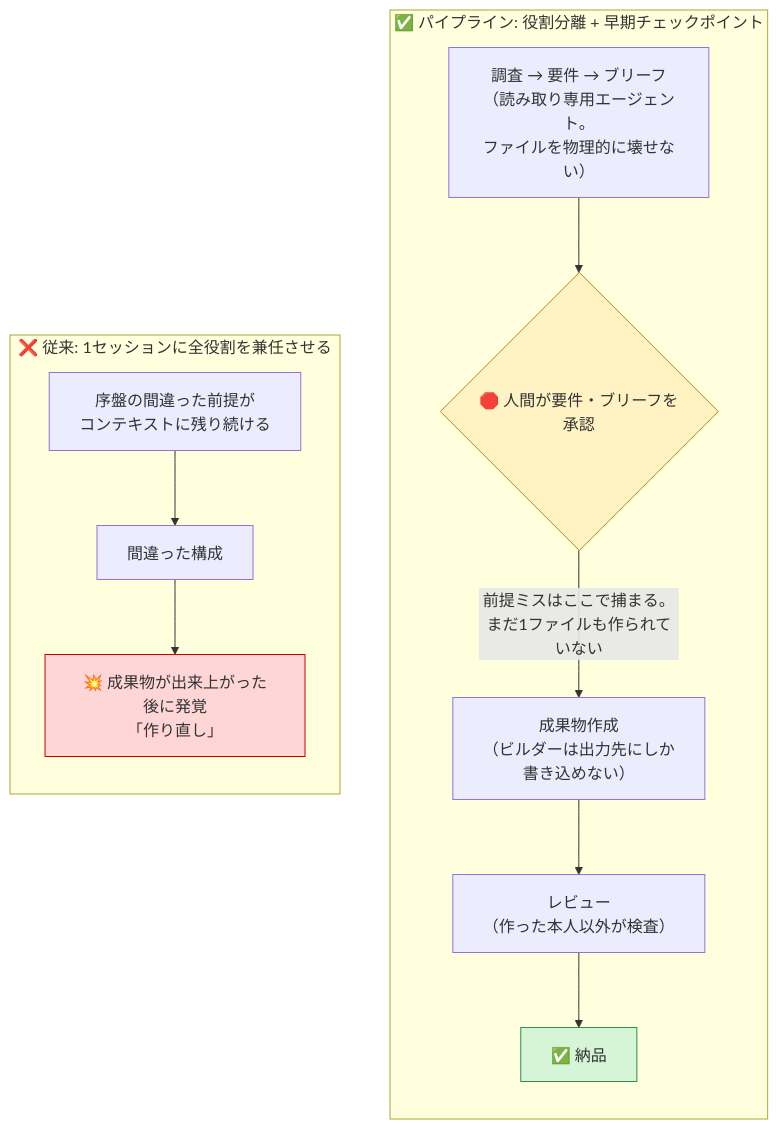
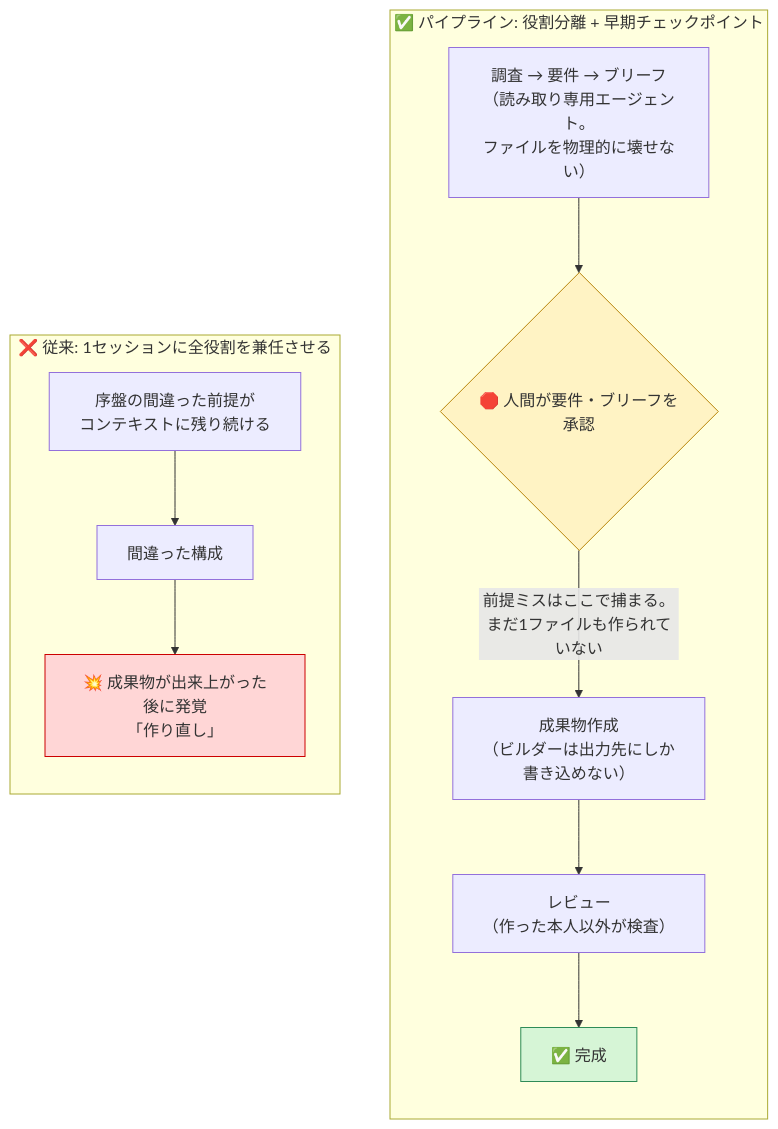
One commit to mrkxlia/claude-code-workbench-ja changed the first of 3 diagrams in task-pipeline/README.md. Above: the diagram before and after it, drawn with Mermaid. The commit also changed other lines of this file and 19 other files, not shown here.

````diff
--- a/task-pipeline/README.md
+++ b/task-pipeline/README.md
@@ -58,19 +58,19 @@
 ```mermaid
 flowchart LR
     subgraph single["❌ 従来: 1セッションに全役割を兼任させる"]
         direction TB
         s1["序盤の間違った前提が<br/>コンテキストに残り続ける"] --> s2["間違った構成"]
         s2 --> s3["💥 成果物が出来上がった後に発覚<br/>「作り直し」"]
     end
     subgraph pipeline["✅ パイプライン: 役割分離 + 早期チェックポイント"]
         direction TB
         f1["調査 → 要件 → ブリーフ<br/>（読み取り専用エージェント。<br/>ファイルを物理的に壊せない）"] --> f2{"🛑 人間が要件・ブリーフを承認"}
         f2 -->|"前提ミスはここで捕まる。<br/>まだ1ファイルも作られていない"| f3["成果物作成<br/>（ビルダーは出力先にしか<br/>書き込めない）"]
         f3 --> f4["レビュー<br/>（作った本人以外が検査）"]
-        f4 --> f5["✅ 納品"]
+        f4 --> f5["✅ 完成"]
     end
     single ~~~ pipeline
     style s3 fill:#ffd6d6,stroke:#cc0000
     style f2 fill:#fff3c4,stroke:#b8860b
     style f5 fill:#d6f5d6,stroke:#2e8b57
 ```
````
